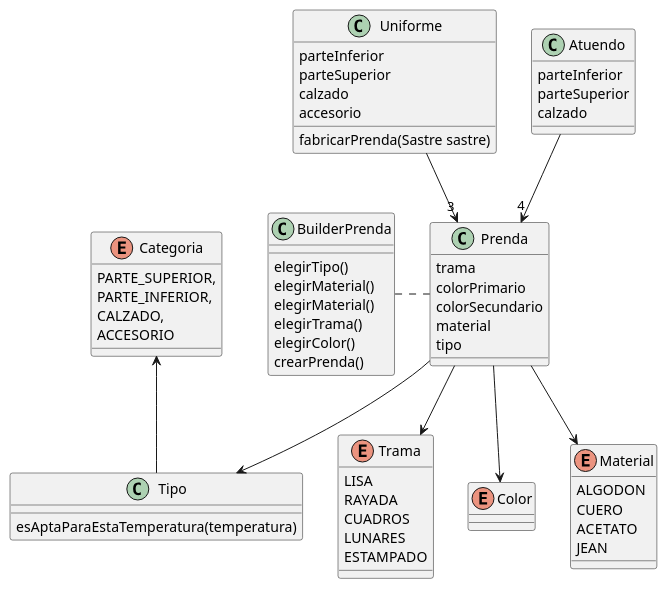
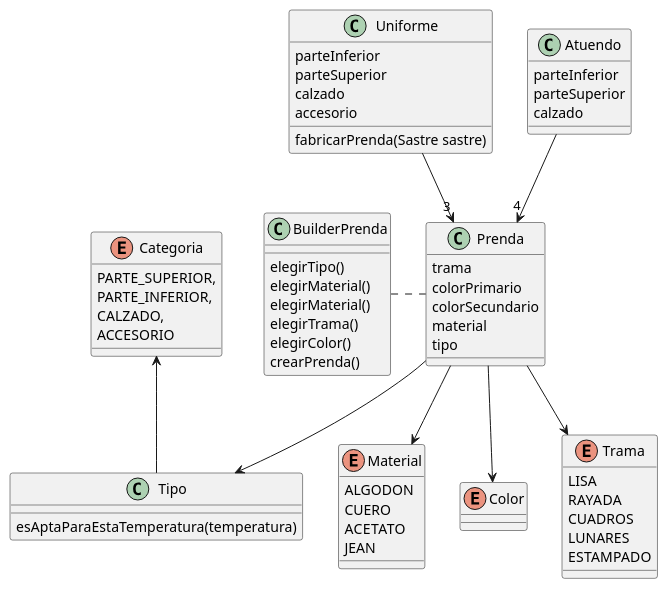
Before and after one commit to neverkas/qmp-iteracion5: the first of 2 diagrams in README.org, drawn with PlantUML. The commit also changed other lines of this file, not shown here.

Commit message:
Cambiamos estructura del readme

```diff
--- a/README.org
+++ b/README.org
@@ -4,72 +5,69 @@
-   #+BEGIN_SRC plantuml :file assets/diagramaDeClases-iteracion4a.png :results silent
-     @startuml
-     'Anotaciones
+    #+BEGIN_SRC plantuml :file assets/diagramaDeClases-iteracion4a.png :results silent
+      @startuml
+      'Estructuras
+      class BuilderPrenda{
+              elegirTipo()
+              elegirMaterial()
+              elegirMaterial()
+              elegirTrama()
+              elegirColor()
+              crearPrenda()
+      }
+      class Prenda{
+              trama
+              colorPrimario
+              colorSecundario
+              material
+              tipo
+      }
+      class Tipo{
+              esAptaParaEstaTemperatura(temperatura)
+      }
+      enum Categoria{
+              PARTE_SUPERIOR,
+              PARTE_INFERIOR,
+              CALZADO,
+              ACCESORIO
+      }
+      enum Material{
+              ALGODON
+              CUERO
+              ACETATO
+              JEAN
+      }
+      enum Color{
+      }
+      enum Trama{
+              LISA
+              RAYADA
+              CUADROS
+              LUNARES
+              ESTAMPADO
+      }
 
-     'Relaciones
-     Tipo -up-> Categoria
-     Uniforme -down->"3" Prenda
-     Atuendo -down->"4" Prenda
+      class Uniforme{
+              parteInferior
+              parteSuperior
+              calzado
+              accesorio
+              fabricarPrenda(Sastre sastre)
+      }
+      class Atuendo{
+              parteInferior
+              parteSuperior
+              calzado
+      }
 
-     BuilderPrenda .right. Prenda
+      'Relaciones
+      BuilderPrenda .right. Prenda
 
-     Prenda -down-> Trama
-     Prenda -down-> Color
-     Prenda -down-> Material
-     Prenda -down-> Tipo
+      Tipo -up-> Categoria
+      Uniforme -down->"3" Prenda
+      Atuendo -down->"4" Prenda
 
-     'Estructuras
-     class BuilderPrenda{
-             elegirTipo()
-             elegirMaterial()
-             elegirMaterial()
-             elegirTrama()
-             elegirColor()
-             crearPrenda()
-     }
-     class Prenda{
-             trama
-             colorPrimario
-             colorSecundario
-             material
-             tipo
-     }
-     class Tipo{
-             esAptaParaEstaTemperatura(temperatura)
-     }
-     enum Categoria{
-             PARTE_SUPERIOR,
-             PARTE_INFERIOR,
-             CALZADO,
-             ACCESORIO
-     }
-     enum Material{
-             ALGODON
-             CUERO
-             ACETATO
-             JEAN
-     }
-     enum Color{
-     }
-     enum Trama{
-             LISA
-             RAYADA
-             CUADROS
-             LUNARES
-             ESTAMPADO
-     }
-
-     class Uniforme{
-             parteInferior
-             parteSuperior
-             calzado
-             accesorio
-             fabricarPrenda(Sastre sastre)
-     }
-     class Atuendo{
-             parteInferior
-             parteSuperior
-             calzado
-     }
-
-     @enduml
-   #+END_SRC
+      Prenda -down-> Trama
+      Prenda -down-> Color
+      Prenda -down-> Material
+      Prenda -down-> Tipo
+      @enduml
+    #+END_SRC
```
